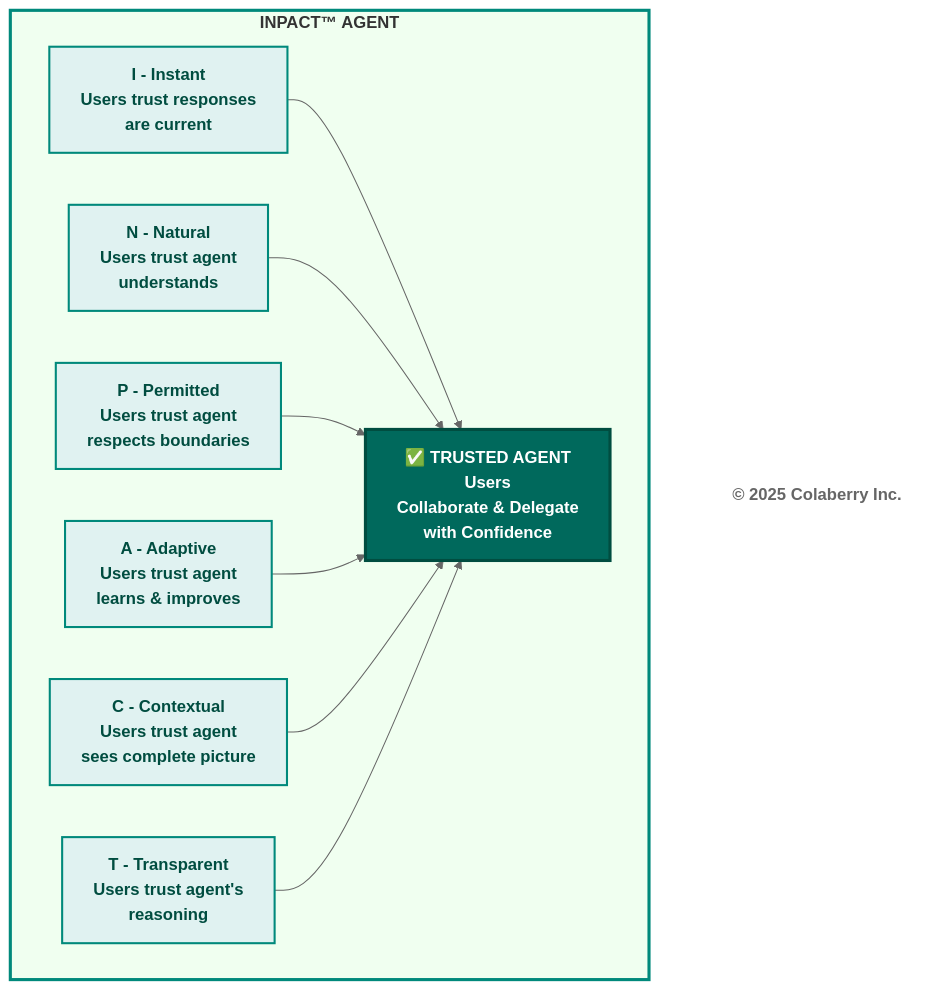
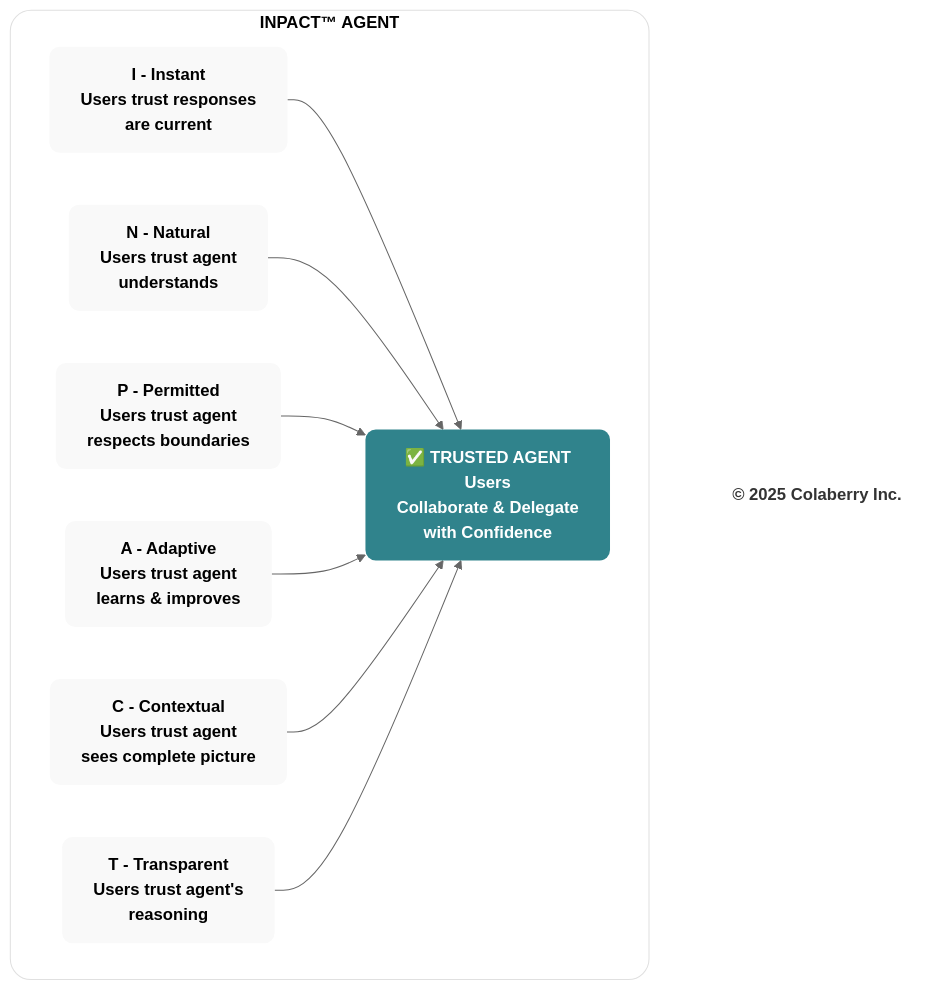
The diagram in mermaid-source/figure-2-3.mmd (saitejesh-cyber/trust-before-intelligence-book), drawn with Mermaid (neutral theme) before and after one commit. The commit also changed 219 other files, not shown here.

Commit message:
Reapply PR #5 palette and regenerate smooth-edge figure PNGs

```diff
--- a/mermaid-source/figure-2-3.mmd
+++ b/mermaid-source/figure-2-3.mmd
@@ -1,32 +1,37 @@
 graph TB
     subgraph BOX["<b>INPACT™ AGENT</b>"]
         I["<b>I - Instant</b><br/><b>Users trust responses<br/> are current</b>"]
         N["<b>N - Natural</b><br/><b>Users trust agent<br/> understands</b>"]
         P["<b>P - Permitted</b><br/><b>Users trust agent<br/> respects boundaries</b>"]
         A["<b>A - Adaptive</b><br/><b>Users trust agent<br/> learns & improves</b>"]
         C["<b>C - Contextual</b><br/><b>Users trust agent<br/> sees complete picture</b>"]
         T["<b>T - Transparent</b><br/><b>Users trust agent's<br/> reasoning</b>"]
         
         TRUST["<b>✅ TRUSTED AGENT</b><br/><b>Users<br/> Collaborate & Delegate<br/> with Confidence</b>"]
         
         I --> TRUST
         N --> TRUST
         P --> TRUST
         A --> TRUST
         C --> TRUST
         T --> TRUST
     end
     
     COPYRIGHT["<b>© 2025 Colaberry Inc.</b>"]
     
-    style BOX fill:#f0fff0,stroke:#00897b,stroke-width:3px
-    style I fill:#e0f2f1,stroke:#00897b,stroke-width:2px,color:#004d40
-    style N fill:#e0f2f1,stroke:#00897b,stroke-width:2px,color:#004d40
-    style P fill:#e0f2f1,stroke:#00897b,stroke-width:2px,color:#004d40
-    style A fill:#e0f2f1,stroke:#00897b,stroke-width:2px,color:#004d40
-    style C fill:#e0f2f1,stroke:#00897b,stroke-width:2px,color:#004d40
-    style T fill:#e0f2f1,stroke:#00897b,stroke-width:2px,color:#004d40
+    %% ⚪ CONTAINER — NEUTRAL / CONTEXT
+        style BOX fill:#ffffff,stroke:#e0e0e0,stroke-width:1px,color:#000000,rx:20,ry:20
     
-    style TRUST fill:#00695c,color:#ffffff,stroke:#004d40,stroke-width:3px
+    %% 🔵 INPACT™ NEEDS — TRANSFORMATION / DEFINITION
+        style I fill:#f9f9f9,stroke:none,color:#000000,rx:10,ry:10
+        style N fill:#f9f9f9,stroke:none,color:#000000,rx:10,ry:10
+        style P fill:#f9f9f9,stroke:none,color:#000000,rx:10,ry:10
+        style A fill:#f9f9f9,stroke:none,color:#000000,rx:10,ry:10
+        style C fill:#f9f9f9,stroke:none,color:#000000,rx:10,ry:10
+        style T fill:#f9f9f9,stroke:none,color:#000000,rx:10,ry:10
     
-    style COPYRIGHT fill:#ffffff,stroke:none,color:#666666
+    %% 🟢 TRUST — INPACT™-FULFILLED OUTCOME
+        style TRUST fill:#30838C,stroke:none,color:#ffffff,rx:10,ry:10
+    
+    %% FOOTER
+    style COPYRIGHT fill:none,stroke:none,color:#333333
```
